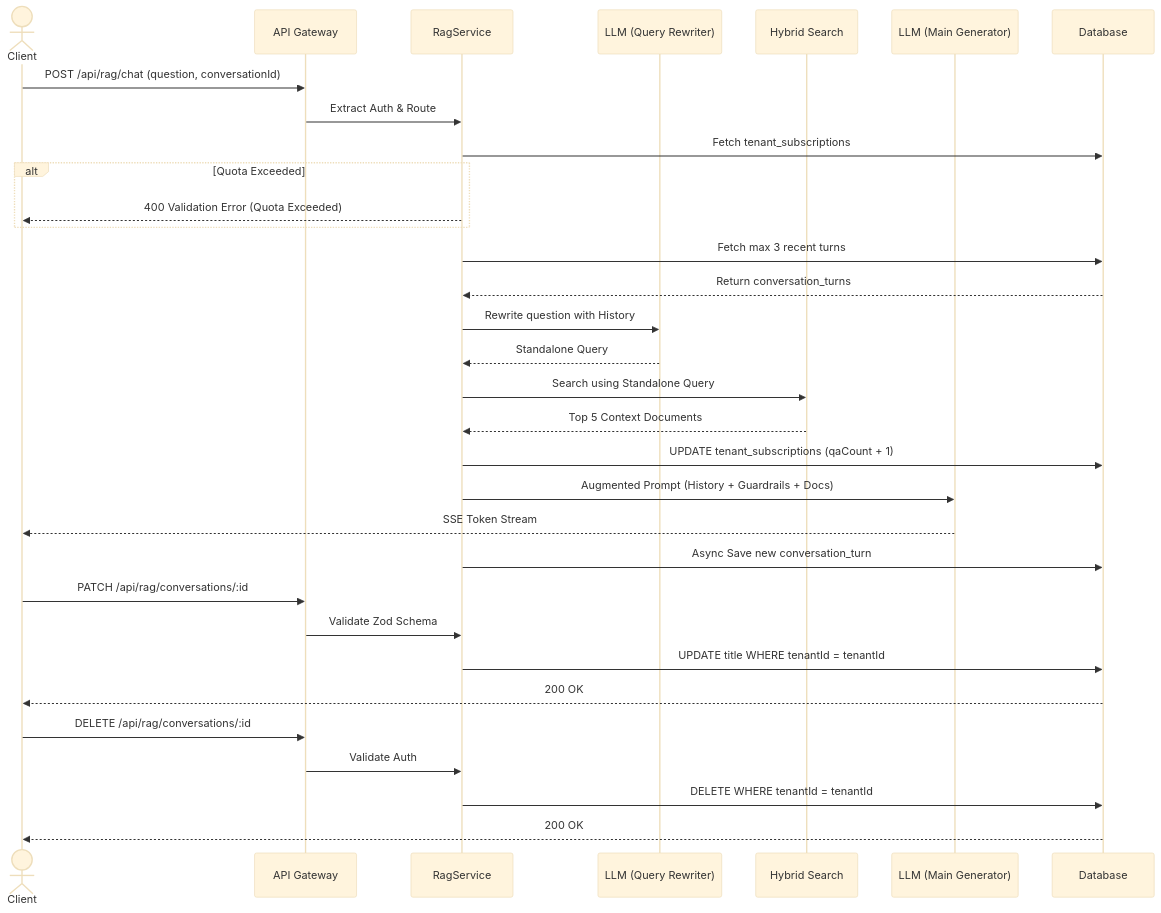
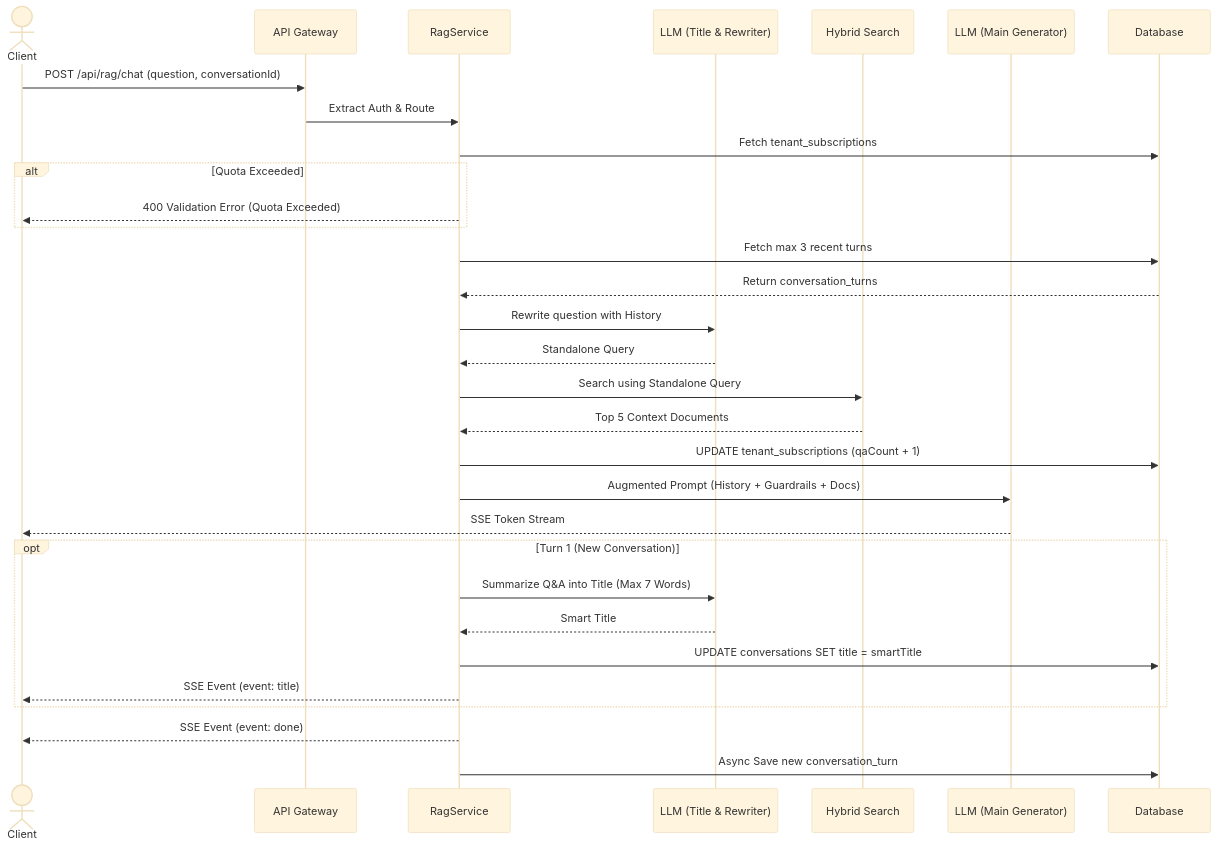
The diagram in docs/features/rag-conversation.md (kanzhamada/Dokyudo), drawn with Mermaid (base theme) before and after one commit. The commit also changed other lines of this file and 1 other file, not shown here.

Commit message:
Implement smart conversation title generation
- Add `event: title` SSE emission upon initial chat turn completion.
- Integrate LLM-summarized titles (max 7 words) into the backend flow.
- Add frontend support for real-time title updates and skeleton loading.
- Sync conversation store with sidebar for immediate UI reflection.

````diff
--- a/docs/features/rag-conversation.md
+++ b/docs/features/rag-conversation.md
@@ -15,39 +17,35 @@
 ```mermaid
 sequenceDiagram
     actor Client
     participant API Gateway
     participant RagService
-    participant LLM (Query Rewriter)
+    participant LLM (Title & Rewriter)
     participant Hybrid Search
     participant LLM (Main Generator)
     participant Database
 
     %% Memory & Query Rewriting Flow
     Client->>API Gateway: POST /api/rag/chat (question, conversationId)
     API Gateway->>RagService: Extract Auth & Route
     RagService->>Database: Fetch tenant_subscriptions
     alt Quota Exceeded
         RagService-->>Client: 400 Validation Error (Quota Exceeded)
     end
     RagService->>Database: Fetch max 3 recent turns
     Database-->>RagService: Return conversation_turns
-    RagService->>LLM (Query Rewriter): Rewrite question with History
-    LLM (Query Rewriter)-->>RagService: Standalone Query
+    RagService->>LLM (Title & Rewriter): Rewrite question with History
+    LLM (Title & Rewriter)-->>RagService: Standalone Query
     RagService->>Hybrid Search: Search using Standalone Query
     Hybrid Search-->>RagService: Top 5 Context Documents
     RagService->>Database: UPDATE tenant_subscriptions (qaCount + 1)
     RagService->>LLM (Main Generator): Augmented Prompt (History + Guardrails + Docs)
     LLM (Main Generator)-->>Client: SSE Token Stream
+    opt Turn 1 (New Conversation)
+        RagService->>LLM (Title & Rewriter): Summarize Q&A into Title (Max 7 Words)
+        LLM (Title & Rewriter)-->>RagService: Smart Title
+        RagService->>Database: UPDATE conversations SET title = smartTitle
+        RagService-->>Client: SSE Event (event: title)
+    end
+    RagService-->>Client: SSE Event (event: done)
     RagService->>Database: Async Save new conversation_turn
-
-    %% Management Flow
-    Client->>API Gateway: PATCH /api/rag/conversations/:id
-    API Gateway->>RagService: Validate Zod Schema
-    RagService->>Database: UPDATE title WHERE tenantId = tenantId
-    Database-->>Client: 200 OK
-
-    Client->>API Gateway: DELETE /api/rag/conversations/:id
-    API Gateway->>RagService: Validate Auth
-    RagService->>Database: DELETE WHERE tenantId = tenantId
-    Database-->>Client: 200 OK
 ```
````
